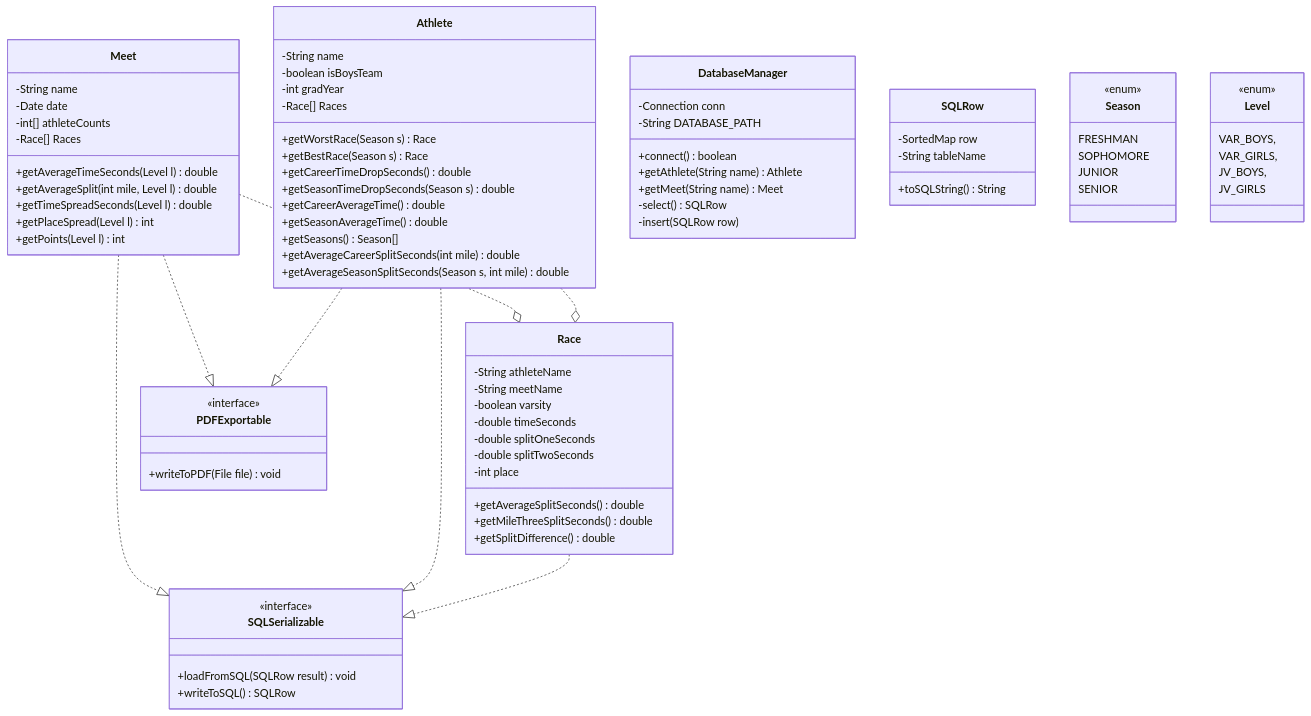
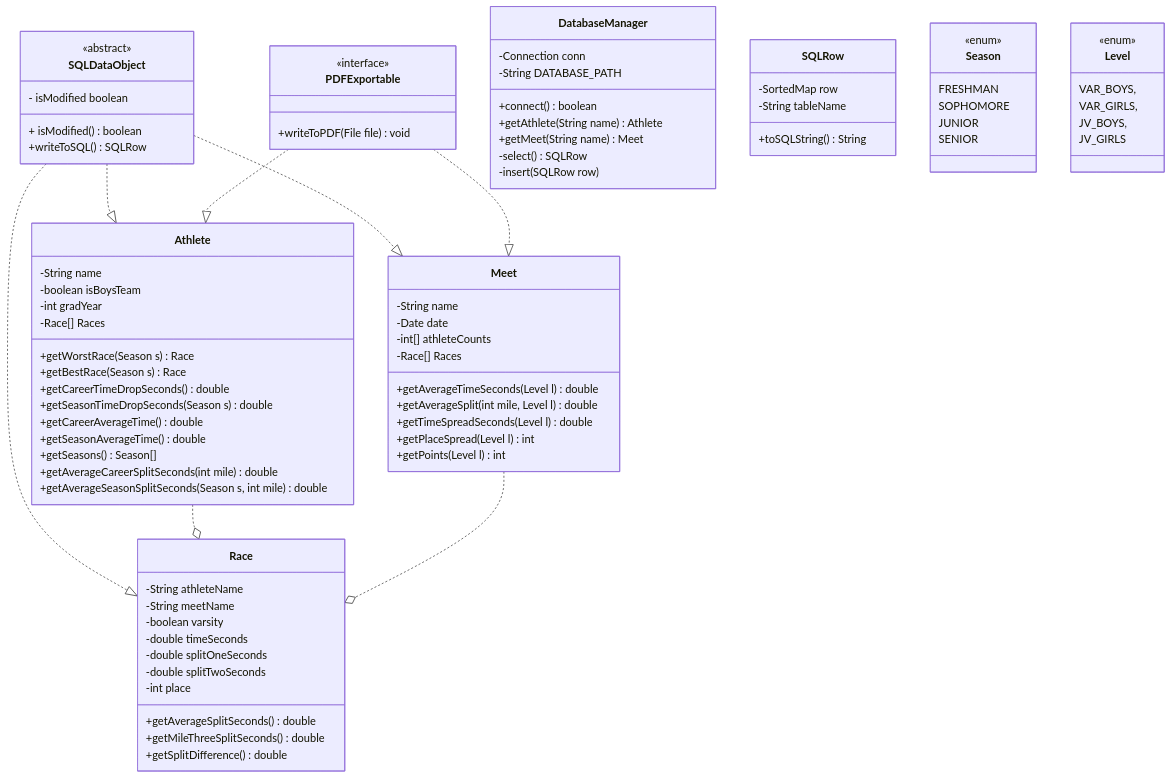
Before and after one commit to python-42/rrhs-xc-ia: the diagram in docs/Data UML.md, drawn with Mermaid. The commit also changed 2 other files, not shown here.

Commit message:
Updated UML

```diff
--- a/docs/Data UML.md
+++ b/docs/Data UML.md
@@ -2,12 +2,12 @@
 
 classDiagram
 
-    Race..|>SQLSerializable
-    Athlete..|>SQLSerializable
-    Meet..|>SQLSerializable
+    SQLDataObject ..|> Race
+    SQLDataObject ..|> Athlete
+    SQLDataObject ..|> Meet
 
-    Athlete..|>PDFExportable
-    Meet..|>PDFExportable
+    PDFExportable ..|> Athlete
+    PDFExportable ..|> Meet
 
     Athlete..o Race
     Meet..o Race    
@@ -31,10 +31,11 @@
         +writeToPDF(File file) void
     }
 
-    class SQLSerializable {
-        <<interface>>
+    class SQLDataObject {
+        <<abstract>>
+        - isModified boolean
 
-        +loadFromSQL(SQLRow result) void
+        + isModified() boolean
         +writeToSQL() SQLRow
     }
 
```
